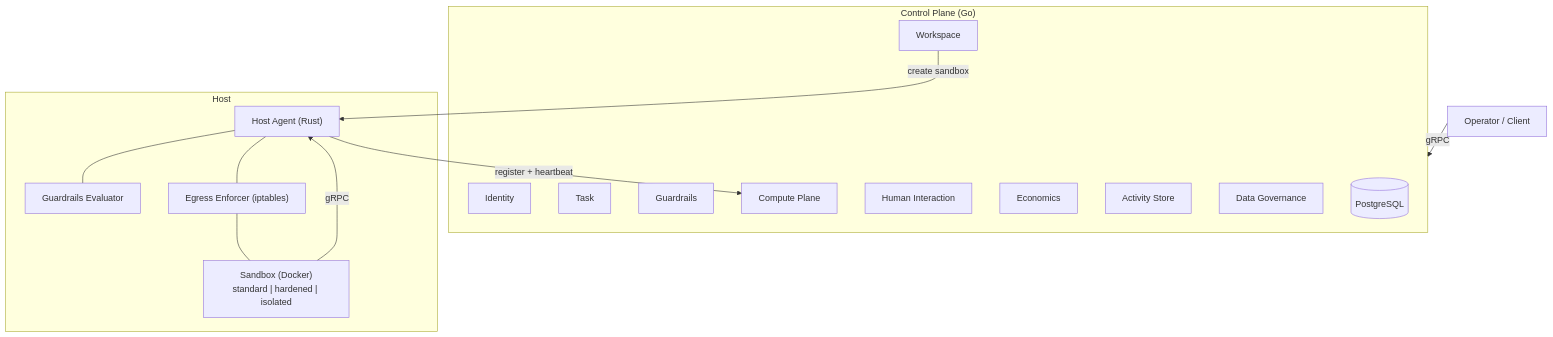
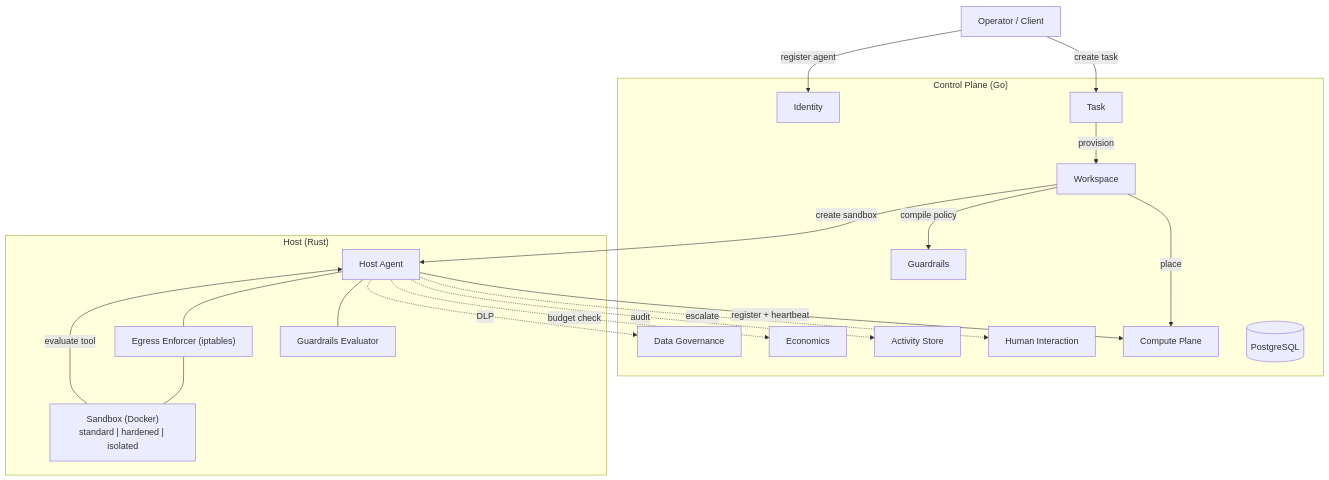
The diagram in README.md (Baselyne-Systems/agent-sandbox-platform), drawn with Mermaid before and after one commit.

Commit message:
Improve README architecture diagram to show orchestration pipeline
Show Task → Workspace → Compute flow and Workspace → Guardrails as
internal connections. Replace generic operator arrow with specific
entry points (create task, register agent). Use dotted lines for
Host Agent runtime dependencies (escalate, audit, budget, DLP).

````diff
--- a/README.md
+++ b/README.md
@@ -7,32 +7,43 @@
 ```mermaid
 graph TB
     Operator["Operator / Client"]
 
     subgraph CP["Control Plane (Go)"]
         Identity["Identity"]
+
         Task["Task"]
         Workspace["Workspace"]
+        Compute["Compute Plane"]
         Guardrails["Guardrails"]
-        Compute["Compute Plane"]
+
         Human["Human Interaction"]
         Economics["Economics"]
         Activity["Activity Store"]
         Governance["Data Governance"]
         PG[("PostgreSQL")]
+
+        Task -->|provision| Workspace
+        Workspace -->|place| Compute
+        Workspace -->|compile policy| Guardrails
     end
 
-    subgraph Host["Host"]
-        HostAgent["Host Agent (Rust)"]
+    subgraph Host["Host (Rust)"]
+        HostAgent["Host Agent"]
         Evaluator["Guardrails Evaluator"]
         Egress["Egress Enforcer (iptables)"]
         Sandbox["Sandbox (Docker)<br/>standard | hardened | isolated"]
     end
 
-    Operator -->|gRPC| CP
-    Sandbox -->|gRPC| HostAgent
+    Operator -->|"create task"| Task
+    Operator -->|"register agent"| Identity
+    Workspace -->|"create sandbox"| HostAgent
+    HostAgent -->|"register + heartbeat"| Compute
+    HostAgent -.->|"escalate"| Human
+    HostAgent -.->|"audit"| Activity
+    HostAgent -.->|"budget check"| Economics
+    HostAgent -.->|"DLP"| Governance
+    Sandbox -->|"evaluate tool"| HostAgent
     HostAgent --- Evaluator
     HostAgent --- Egress
     Egress --- Sandbox
-    Workspace -->|"create sandbox"| HostAgent
-    HostAgent -->|"register + heartbeat"| Compute
 ```
````
